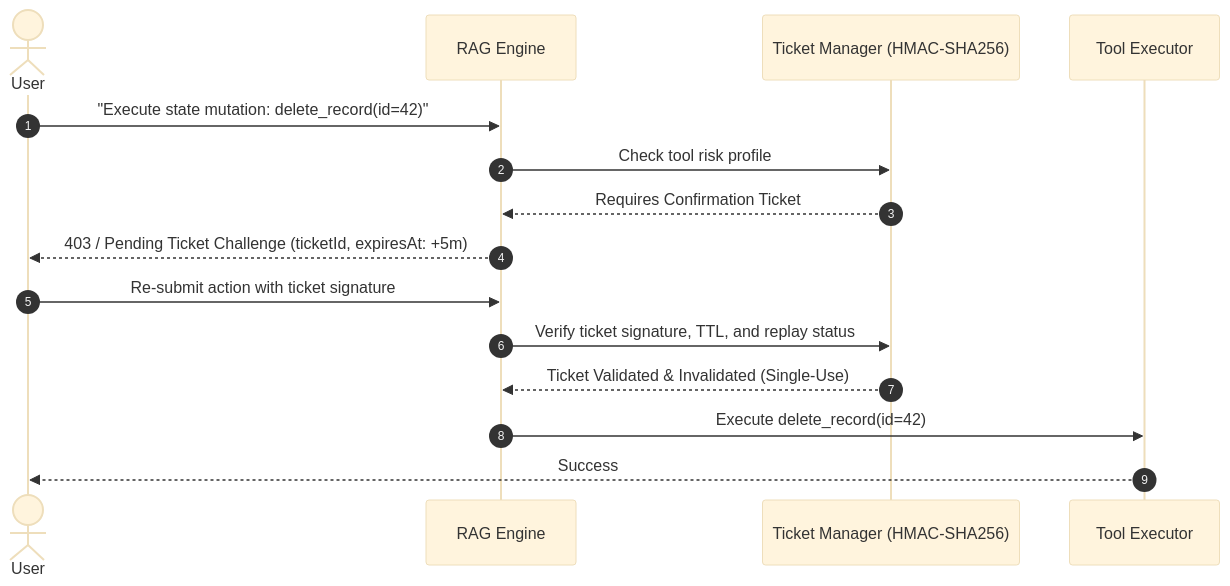
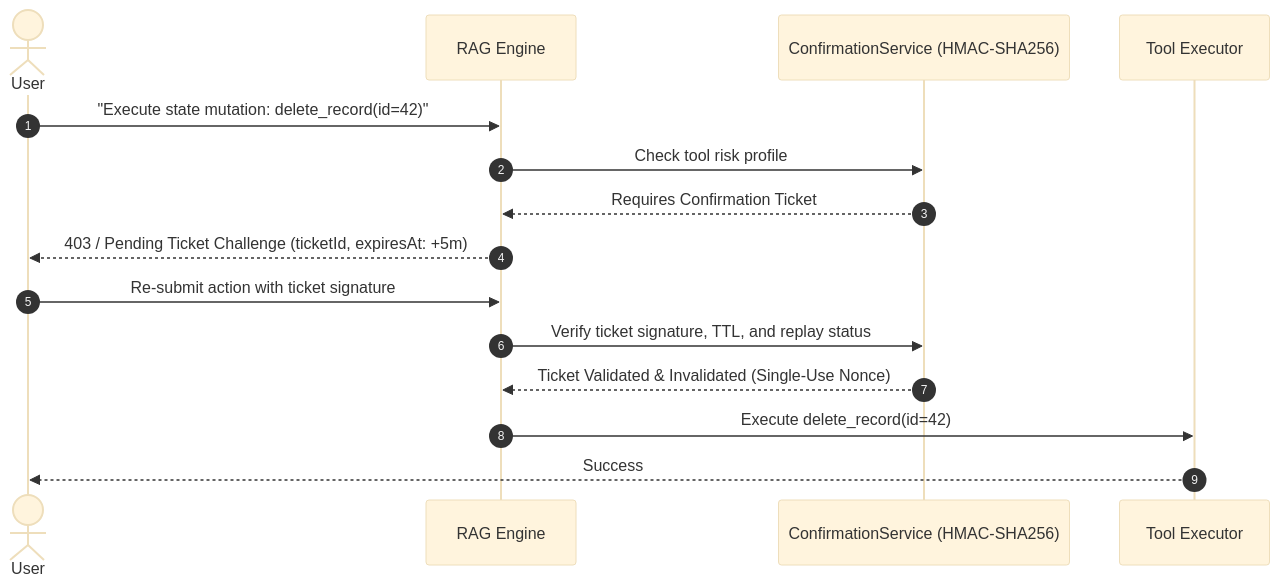
The diagram in docs/audits/SECURITY_AUDIT.md (Denizsvnc/ai-rag-engine), drawn with Mermaid (base theme) before and after one commit. The commit also changed other lines of this file and 19 other files, not shown here.

````diff
--- a/docs/audits/SECURITY_AUDIT.md
+++ b/docs/audits/SECURITY_AUDIT.md
@@ -64,18 +64,18 @@
 ```mermaid
 sequenceDiagram
     autonumber
     actor User
     participant Engine as RAG Engine
-    participant Guard as Ticket Manager (HMAC-SHA256)
+    participant Guard as ConfirmationService (HMAC-SHA256)
     participant Tool as Tool Executor
 
     User->>Engine: "Execute state mutation: delete_record(id=42)"
     Engine->>Guard: Check tool risk profile
     Guard-->>Engine: Requires Confirmation Ticket
     Engine-->>User: 403 / Pending Ticket Challenge (ticketId, expiresAt: +5m)
     User->>Engine: Re-submit action with ticket signature
     Engine->>Guard: Verify ticket signature, TTL, and replay status
-    Guard-->>Engine: Ticket Validated & Invalidated (Single-Use)
+    Guard-->>Engine: Ticket Validated & Invalidated (Single-Use Nonce)
     Engine->>Tool: Execute delete_record(id=42)
     Tool-->>User: Success
 ```
````
